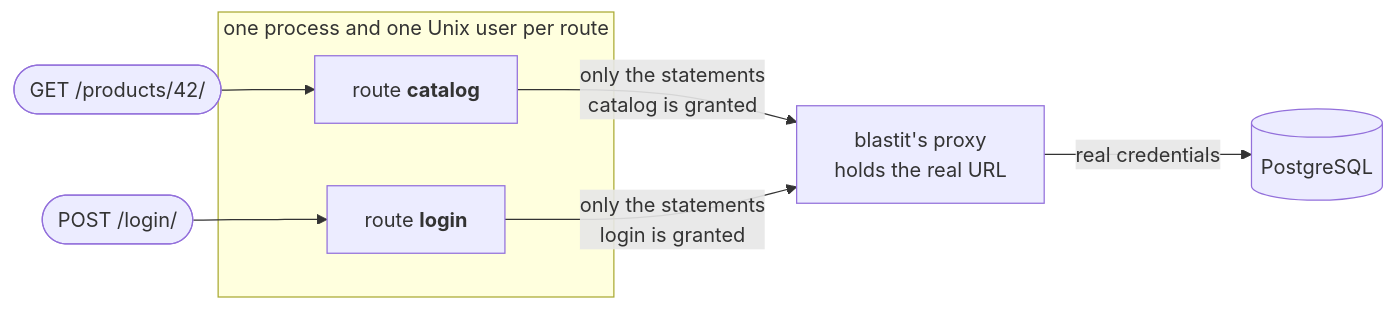
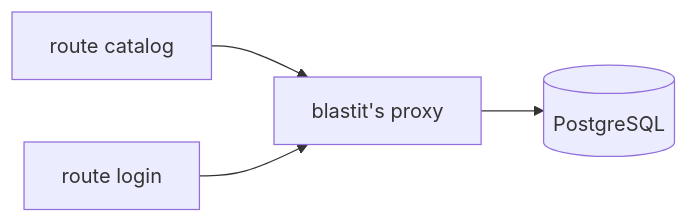
One commit to OffworldNexus/blastit changed the diagram in docs/index.md. Above: the diagram before and after it, drawn with Mermaid. The commit also changed other lines of this file and 5 other files, not shown here.

````diff
--- a/docs/index.md
+++ b/docs/index.md
@@ -48,12 +26,6 @@
 ```mermaid
 flowchart LR
-    c1(["GET /products/42/"]) --> catalog
-    c2(["POST /login/"]) --> login
-    subgraph sandboxes["one process and one Unix user per route"]
-        catalog["route <b>catalog</b>"]
-        login["route <b>login</b>"]
-    end
-    catalog -- "only the statements<br/>catalog is granted" --> proxy
-    login -- "only the statements<br/>login is granted" --> proxy
-    proxy["blastit's proxy<br/>holds the real URL"] -- "real credentials" --> pg[("PostgreSQL")]
+    catalog["route catalog"] --> proxy
+    login["route login"] --> proxy
+    proxy["blastit's proxy"] --> pg[("PostgreSQL")]
 ```
````
